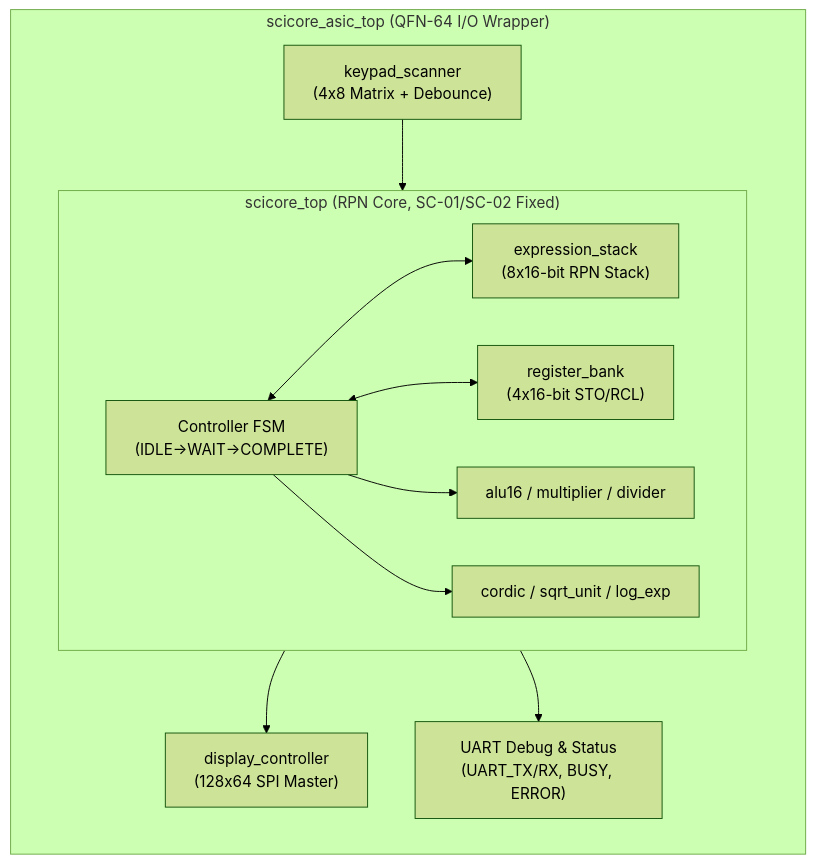
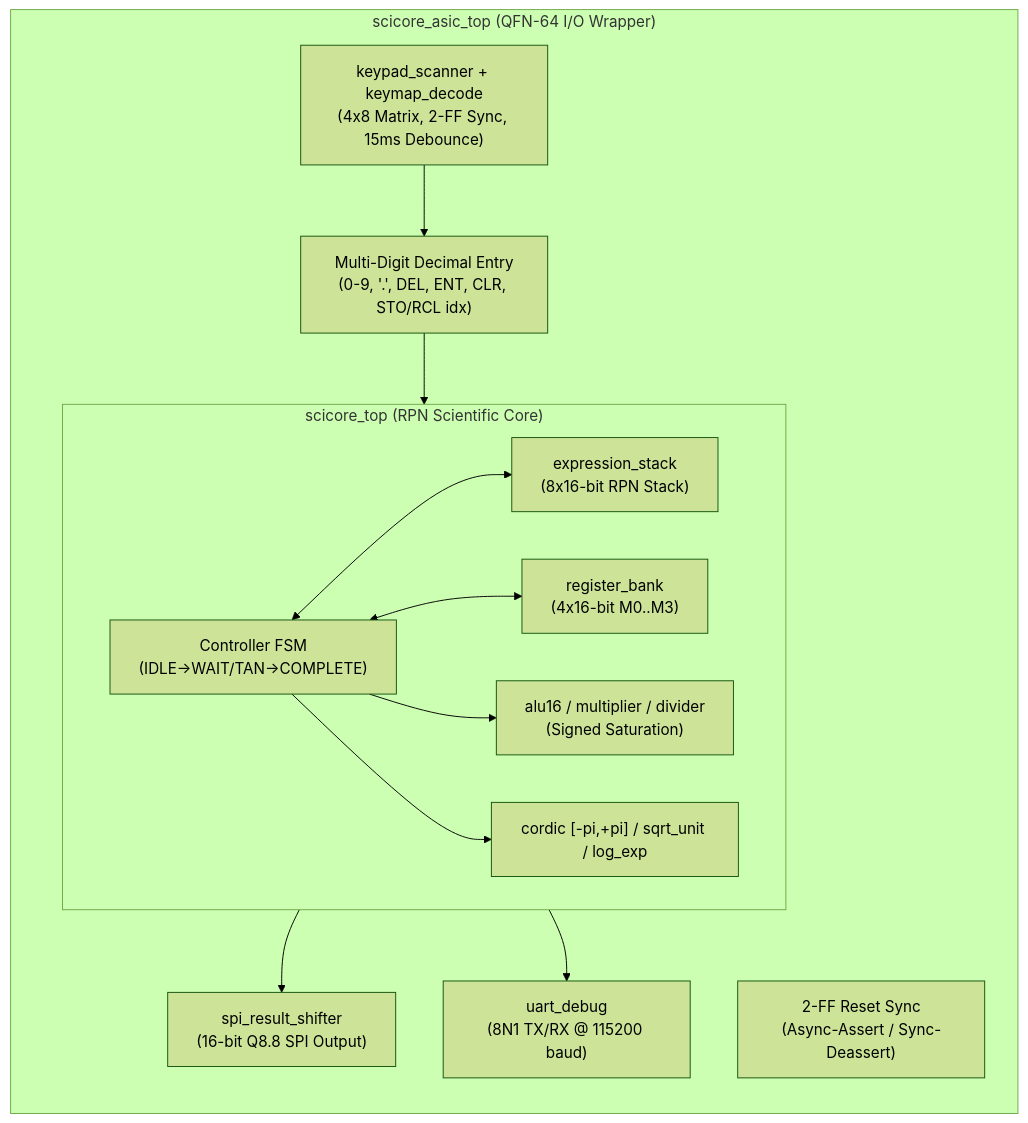
One commit to Irfan-1506/SciCore-16 changed the diagram in README.md. Above: the diagram before and after it, drawn with Mermaid (forest theme). The commit also changed other lines of this file and 1 other file, not shown here.

````diff
--- a/README.md
+++ b/README.md
@@ -29,22 +29,24 @@
 ```mermaid
 flowchart LR
     subgraph WRAP["scicore_asic_top (QFN-64 I/O Wrapper)"]
-        KP["keypad_scanner<br/>(4x8 Matrix + Debounce)"]
-        DP["display_controller<br/>(128x64 SPI Master)"]
-        UA["UART Debug & Status<br/>(UART_TX/RX, BUSY, ERROR)"]
-        subgraph CORE["scicore_top (RPN Core, SC-01/SC-02 Fixed)"]
-            CTRL["Controller FSM<br/>(IDLE→WAIT→COMPLETE)"]
+        RST["2-FF Reset Sync<br/>(Async-Assert / Sync-Deassert)"]
+        KP["keypad_scanner + keymap_decode<br/>(4x8 Matrix, 2-FF Sync, 15ms Debounce)"]
+        ENT["Multi-Digit Decimal Entry<br/>(0-9, '.', DEL, ENT, CLR, STO/RCL idx)"]
+        SPI["spi_result_shifter<br/>(16-bit Q8.8 SPI Output)"]
+        UA["uart_debug<br/>(8N1 TX/RX @ 115200 baud)"]
+        subgraph CORE["scicore_top (RPN Scientific Core)"]
+            CTRL["Controller FSM<br/>(IDLE→WAIT/TAN→COMPLETE)"]
             STK["expression_stack<br/>(8x16-bit RPN Stack)"]
-            REG["register_bank<br/>(4x16-bit STO/RCL)"]
-            ALU["alu16 / multiplier / divider"]
-            SCI["cordic / sqrt_unit / log_exp"]
+            REG["register_bank<br/>(4x16-bit M0..M3)"]
+            ALU["alu16 / multiplier / divider<br/>(Signed Saturation)"]
+            SCI["cordic [-pi,+pi] / sqrt_unit / log_exp"]
             CTRL <--> STK
             CTRL <--> REG
             CTRL --> ALU
             CTRL --> SCI
         end
-        KP --> CORE
-        CORE --> DP
+        KP --> ENT --> CORE
+        CORE --> SPI
         CORE --> UA
     end
 ```
````
